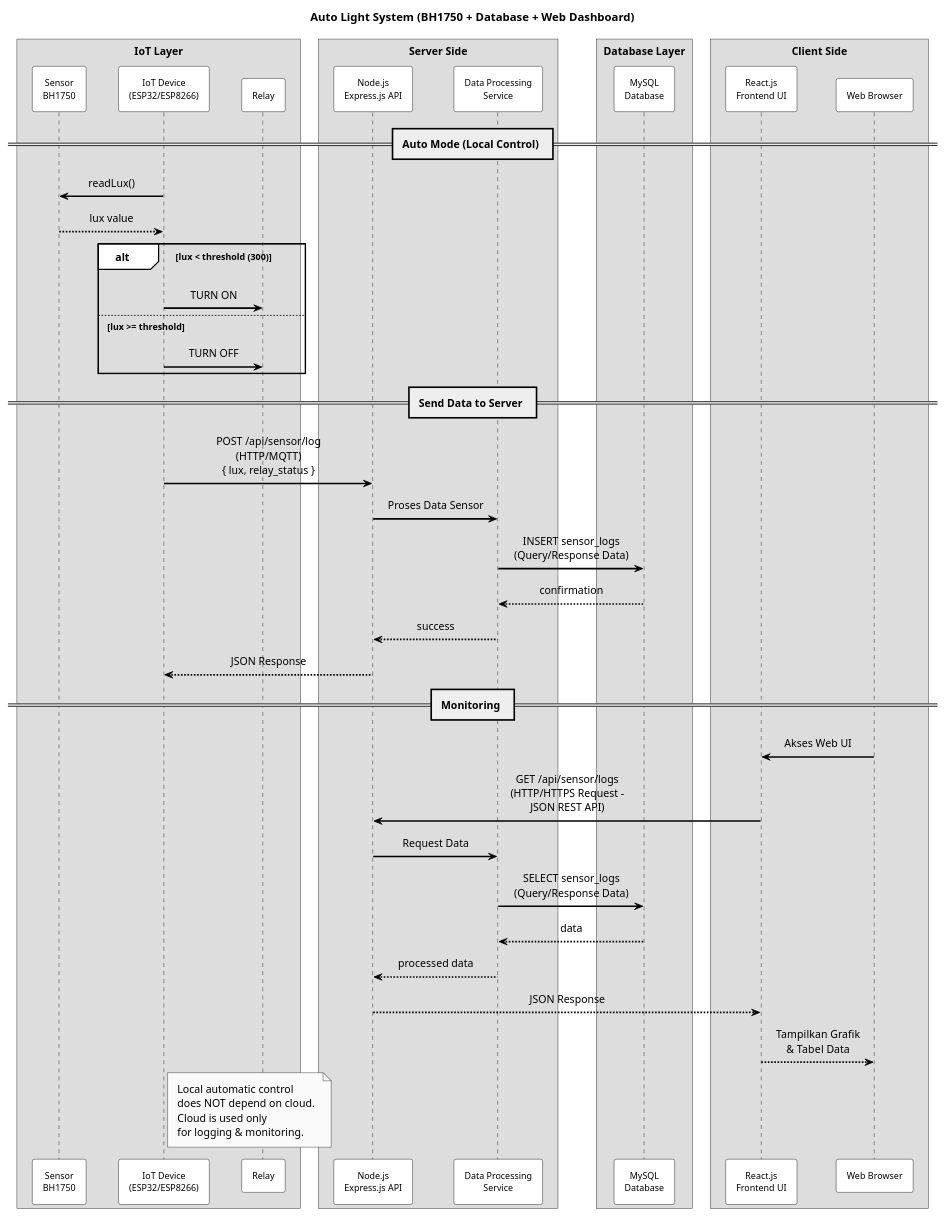
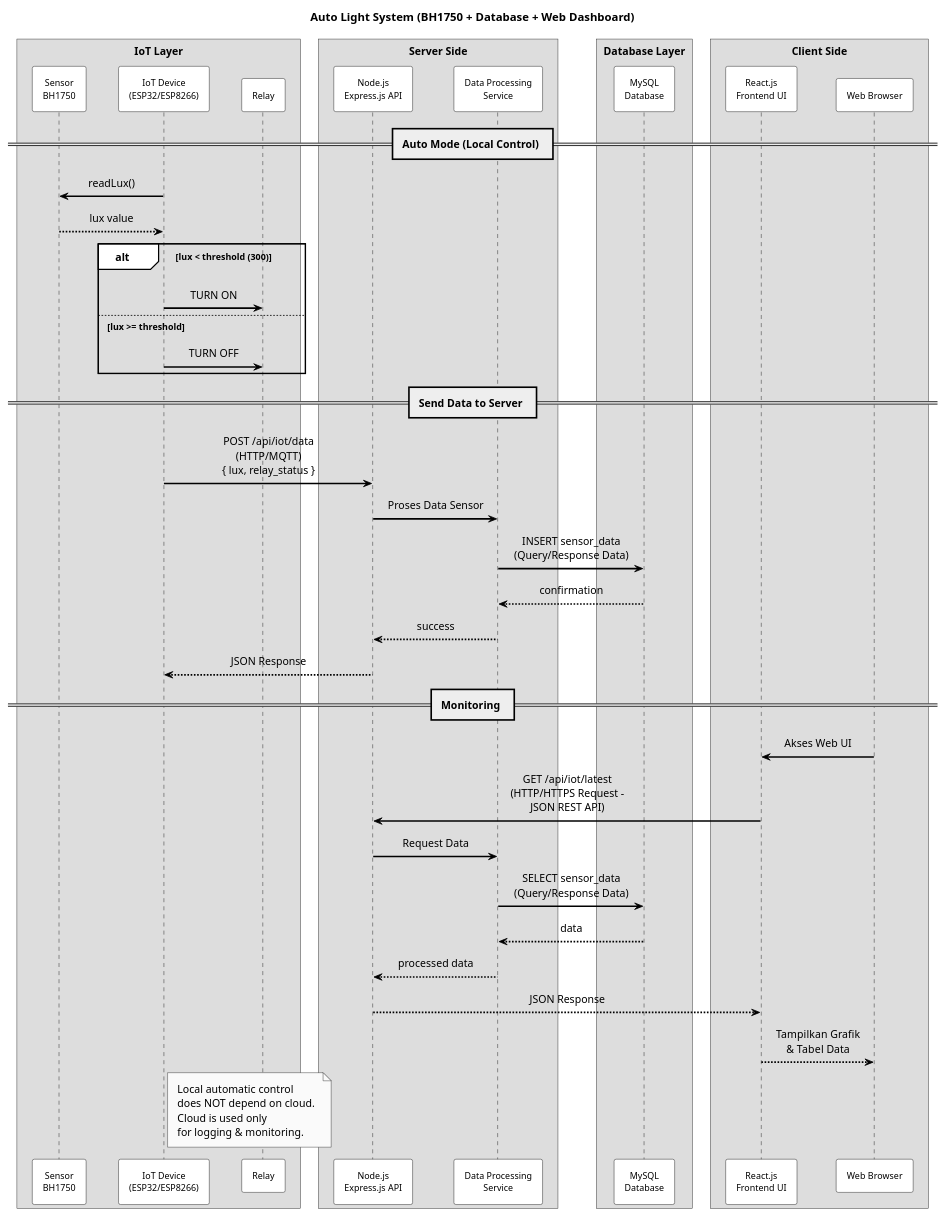
Before and after one commit to C-PPAW-TI503P-2025/Project-Kelompok6-Cahaya: the diagram in diagramproject/sequence_1.puml, drawn with PlantUML. The commit also changed 7 other files, not shown here.

Commit message:
Memperbarui semua diagram UML agar sesuai dengan implementasi BH1750 Twilight Switch

```diff
--- a/diagramproject/sequence_1.puml
+++ b/diagramproject/sequence_1.puml
@@ -1,79 +1,79 @@
 @startuml
 skinparam monochrome true
 skinparam padding 6
 skinparam BackgroundColor white
 skinparam participantBackgroundColor white
 skinparam participantBorderColor black
 skinparam ArrowColor black
 skinparam SequenceLifeLineBorderColor black
 skinparam SequenceGroupBackgroundColor white
 skinparam SequenceGroupBorderColor black
 skinparam boxBackgroundColor white
 skinparam boxBorderColor black
 skinparam participantPadding 15
 skinparam boxPadding 10
 skinparam ArrowThickness 2
 skinparam Shadowing false
 skinparam participantFontSize 11
 skinparam sequenceMessageAlign center
 skinparam responseMessageBelowArrow true
 skinparam maxMessageSize 150
 
 title Auto Light System (BH1750 + Database + Web Dashboard)
 
 box "IoT Layer"
 participant "Sensor\nBH1750" as BH1750
 participant "IoT Device\n(ESP32/ESP8266)" as ESP32
 participant Relay
 end box
 
 box "Server Side"
 participant "Node.js\nExpress.js API" as API
 participant "Data Processing\nService" as DPS
 end box
 
 box "Database Layer"
 participant "MySQL\nDatabase" as MySQL
 end box
 
 box "Client Side"
 participant "React.js\nFrontend UI" as WEB
 participant "Web Browser" as Browser
 end box
 
 == Auto Mode (Local Control) ==
 ESP32 -> BH1750: readLux()
 BH1750 --> ESP32: lux value
 
 alt lux < threshold (300)
     ESP32 -> Relay: TURN ON
 else lux >= threshold
     ESP32 -> Relay: TURN OFF
 end
 
 == Send Data to Server ==
-ESP32 -> API: POST /api/sensor/log\n(HTTP/MQTT)\n{ lux, relay_status }
+ESP32 -> API: POST /api/iot/data\n(HTTP/MQTT)\n{ lux, relay_status }
 API -> DPS: Proses Data Sensor
-DPS -> MySQL: INSERT sensor_logs\n(Query/Response Data)
+DPS -> MySQL: INSERT sensor_data\n(Query/Response Data)
 MySQL --> DPS: confirmation
 DPS --> API: success
 API --> ESP32: JSON Response
 
 == Monitoring ==
 Browser -> WEB: Akses Web UI
-WEB -> API: GET /api/sensor/logs\n(HTTP/HTTPS Request - JSON REST API)
+WEB -> API: GET /api/iot/latest\n(HTTP/HTTPS Request - JSON REST API)
 API -> DPS: Request Data
-DPS -> MySQL: SELECT sensor_logs\n(Query/Response Data)
+DPS -> MySQL: SELECT sensor_data\n(Query/Response Data)
 MySQL --> DPS: data
 DPS --> API: processed data
 API --> WEB: JSON Response
 WEB --> Browser: Tampilkan Grafik\n& Tabel Data
 
 note right of ESP32
 Local automatic control
 does NOT depend on cloud.
 Cloud is used only
 for logging & monitoring.
 end note
 
 @enduml
```
